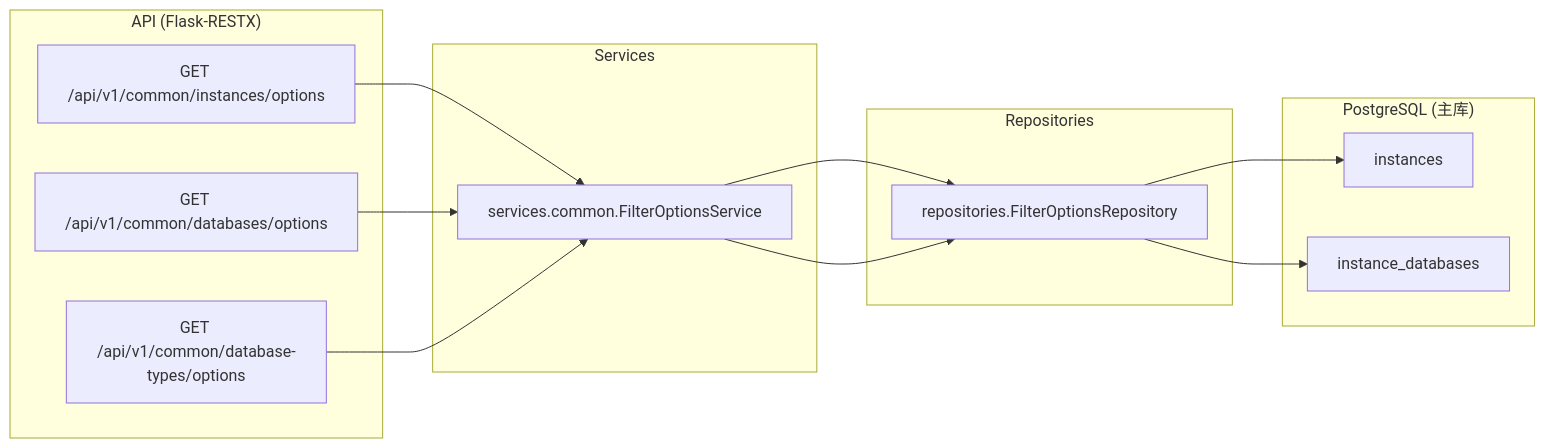
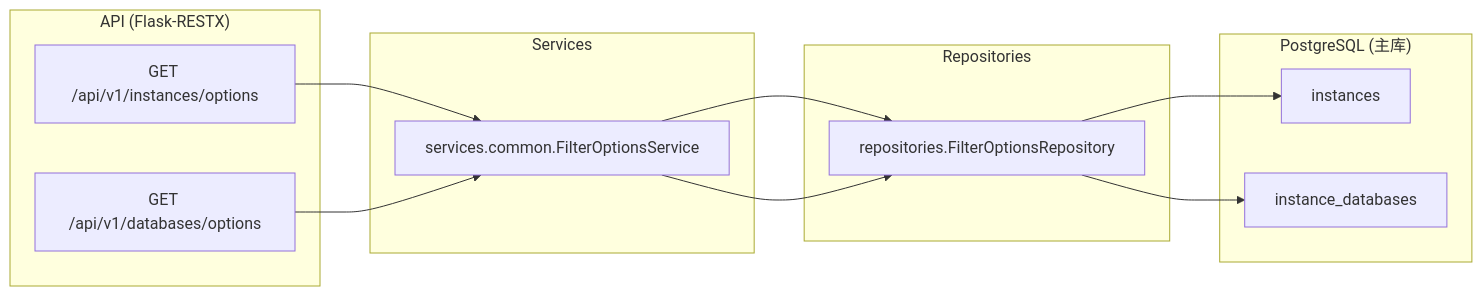
The diagram in docs/architecture/common-options.md (nyealovey/WhaleFall), drawn with Mermaid before and after one commit. The commit also changed other lines of this file and 29 other files, not shown here.

````diff
--- a/docs/architecture/common-options.md
+++ b/docs/architecture/common-options.md
@@ -29,25 +28,23 @@
 ```mermaid
 flowchart LR
   subgraph API["API (Flask-RESTX)"]
-    InstOpt["GET /api/v1/common/instances/options"]
-    DbOpt["GET /api/v1/common/databases/options"]
-    TypeOpt["GET /api/v1/common/database-types/options"]
+    InstOpt["GET /api/v1/instances/options"]
+    DbOpt["GET /api/v1/databases/options"]
   end
 
   subgraph Services["Services"]
     FilterSvc["services.common.FilterOptionsService"]
   end
 
   subgraph Repos["Repositories"]
     Repo["repositories.FilterOptionsRepository"]
   end
 
   subgraph DB["PostgreSQL (主库)"]
     TInst["instances"]
     TDB["instance_databases"]
   end
 
   InstOpt --> FilterSvc --> Repo --> TInst
   DbOpt --> FilterSvc --> Repo --> TDB
-  TypeOpt --> FilterSvc
 ```
````
